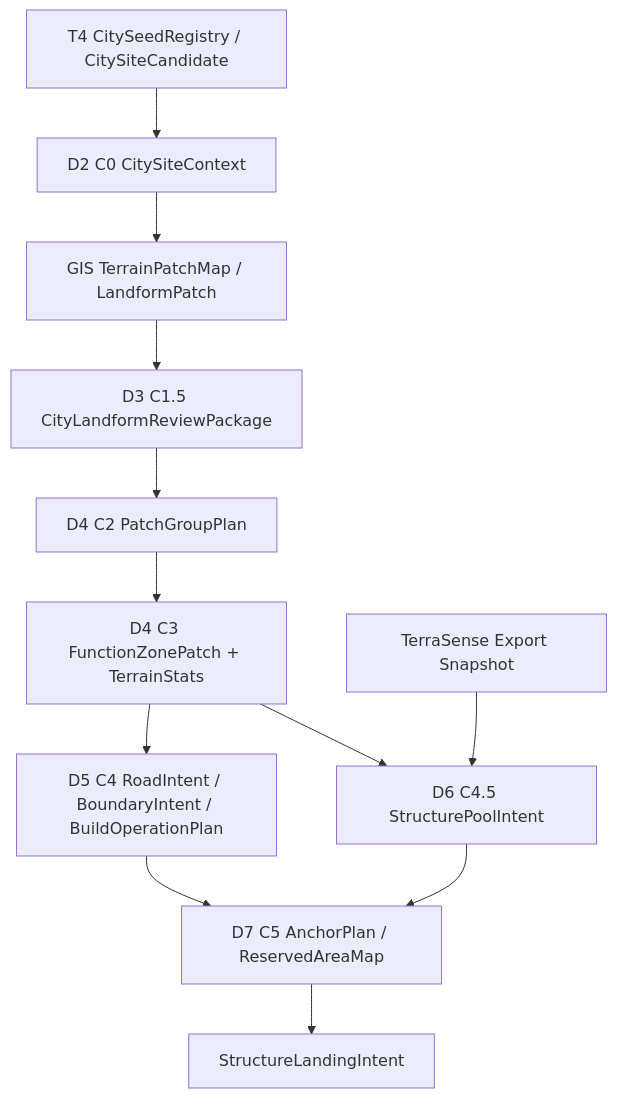
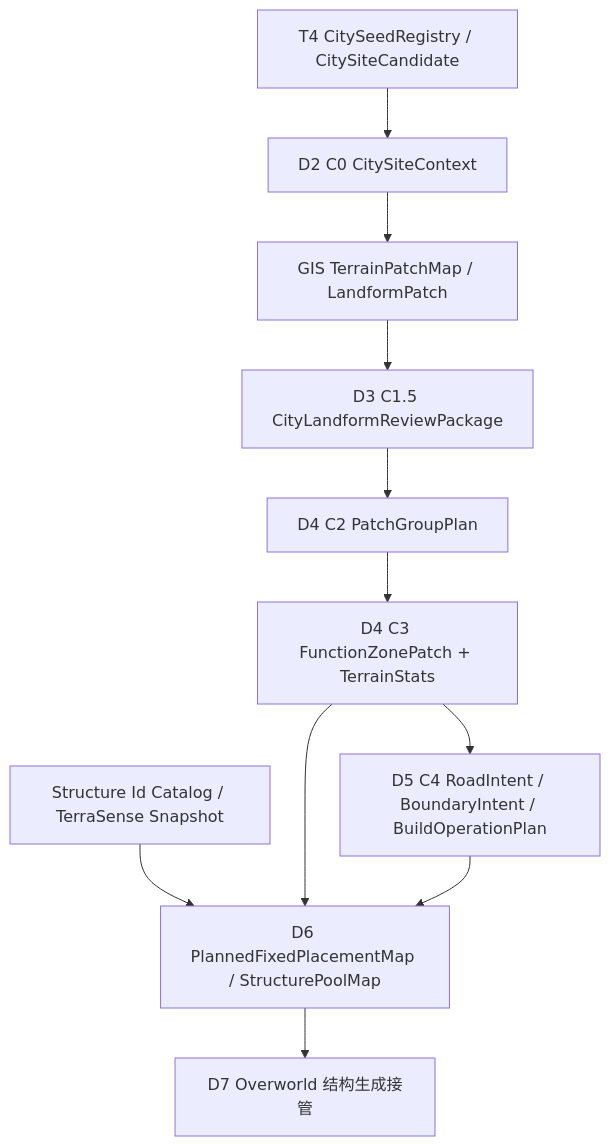
The diagram in docs/systems/city/10_product/开发计划-v0.1-City城市构造最小闭环.md (RinsingEL/designer_territoryMod), drawn with Mermaid before and after one commit. The commit also changed other lines of this file and 20 other files, not shown here.

````diff
--- a/docs/systems/city/10_product/开发计划-v0.1-City城市构造最小闭环.md
+++ b/docs/systems/city/10_product/开发计划-v0.1-City城市构造最小闭环.md
@@ -101,14 +100,13 @@
 ```mermaid
 flowchart TD
   T["T4 CitySeedRegistry / CitySiteCandidate"] --> C0["D2 C0 CitySiteContext"]
   GIS["GIS TerrainPatchMap / LandformPatch"] --> C15["D3 C1.5 CityLandformReviewPackage"]
   C0 --> GIS
   C15 --> C2["D4 C2 PatchGroupPlan"]
   C2 --> C3["D4 C3 FunctionZonePatch + TerrainStats"]
   C3 --> C4["D5 C4 RoadIntent / BoundaryIntent / BuildOperationPlan"]
-  TS["TerraSense Export Snapshot"] --> C45["D6 C4.5 StructurePoolIntent"]
+  TS["Structure Id Catalog / TerraSense Snapshot"] --> C45["D6 PlannedFixedPlacementMap / StructurePoolMap"]
   C3 --> C45
-  C4 --> C5["D7 C5 AnchorPlan / ReservedAreaMap"]
-  C45 --> C5
-  C5 --> SLI["StructureLandingIntent"]
+  C4 --> C45
+  C45 --> D7["D7 Overworld 结构生成接管"]
 ```
````
